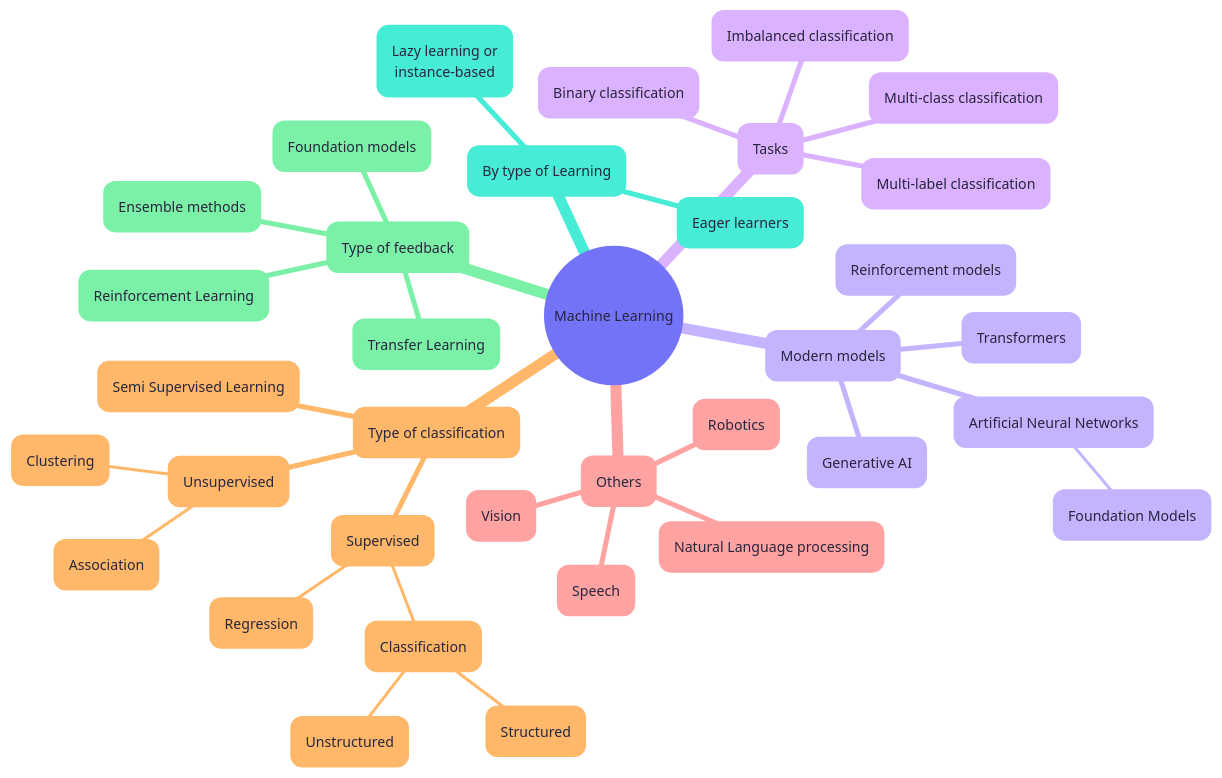
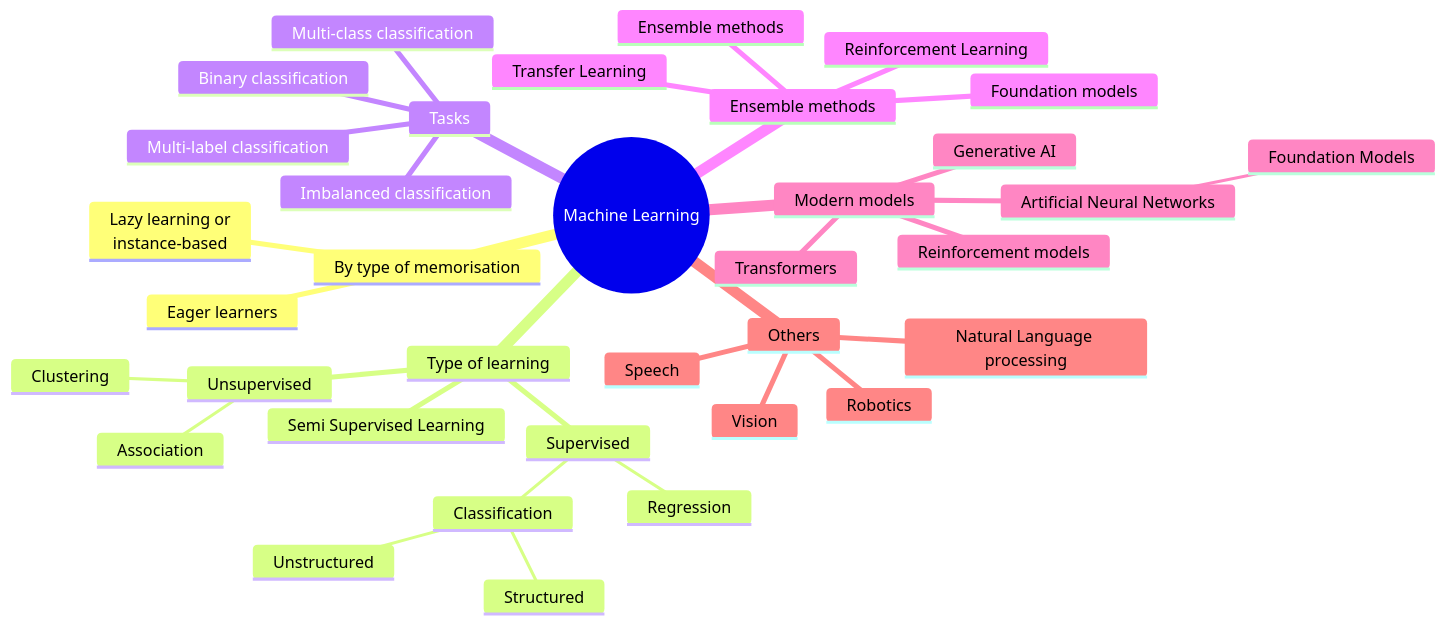
The diagram in categorisation_of_models_and_risks.md (AI-SDC/SDC-Reboot), drawn with Mermaid before and after one commit. The commit also changed other lines of this file, not shown here.

````diff
--- a/categorisation_of_models_and_risks.md
+++ b/categorisation_of_models_and_risks.md
@@ -8,53 +8,53 @@
 ```mermaid
 ---
 config:
-  theme: redux-color
+  theme: classic
 ---
 mindmap
   root((Machine Learning))
-    By type of Learning
+    By type of memorisation
     ::icon(fa fa-book)
       Lazy learning or<br/> instance-based
       Eager learners
 
-    Type of classification
+    Type of learning
     ::icon(fas fa-sort-amount-down)  
       Supervised
         Regression
         Classification
             Structured
             Unstructured
       Unsupervised
         Clustering
         Association
       Semi Supervised Learning
     
     Tasks
     ::icon(fas fa-tasks)
       Binary classification
       Multi-class classification
       Multi-label classification
       Imbalanced classification
 
-    Type of feedback
+    Ensemble methods
     ::icon(fas fa-shapes)
       Reinforcement Learning
       Transfer Learning
       Ensemble methods
       Foundation models
     
     Modern models
     ::icon(fas fa-brain)
       Artificial Neural Networks
         Foundation Models
       Transformers
       Generative AI
       Reinforcement models
     
     Others
     ::icon(fas fa-tags)
       Natural Language processing
       Speech
       Vision
       Robotics
 ```
````
